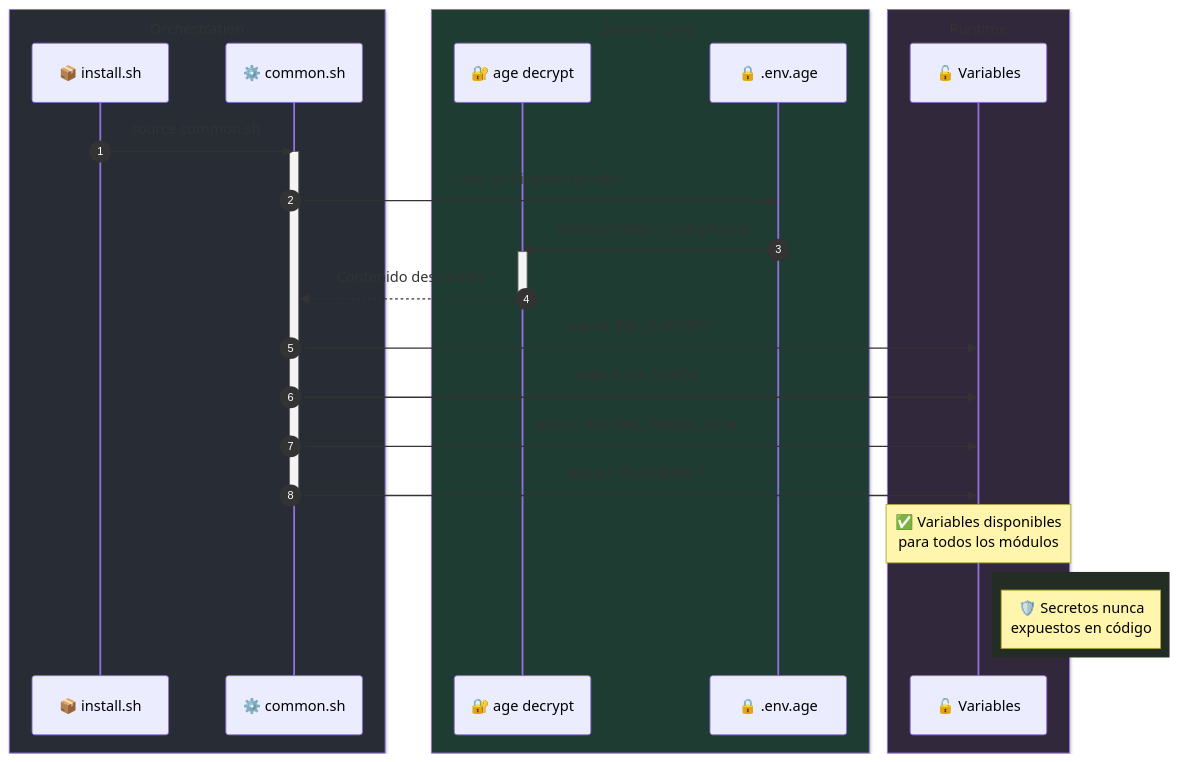
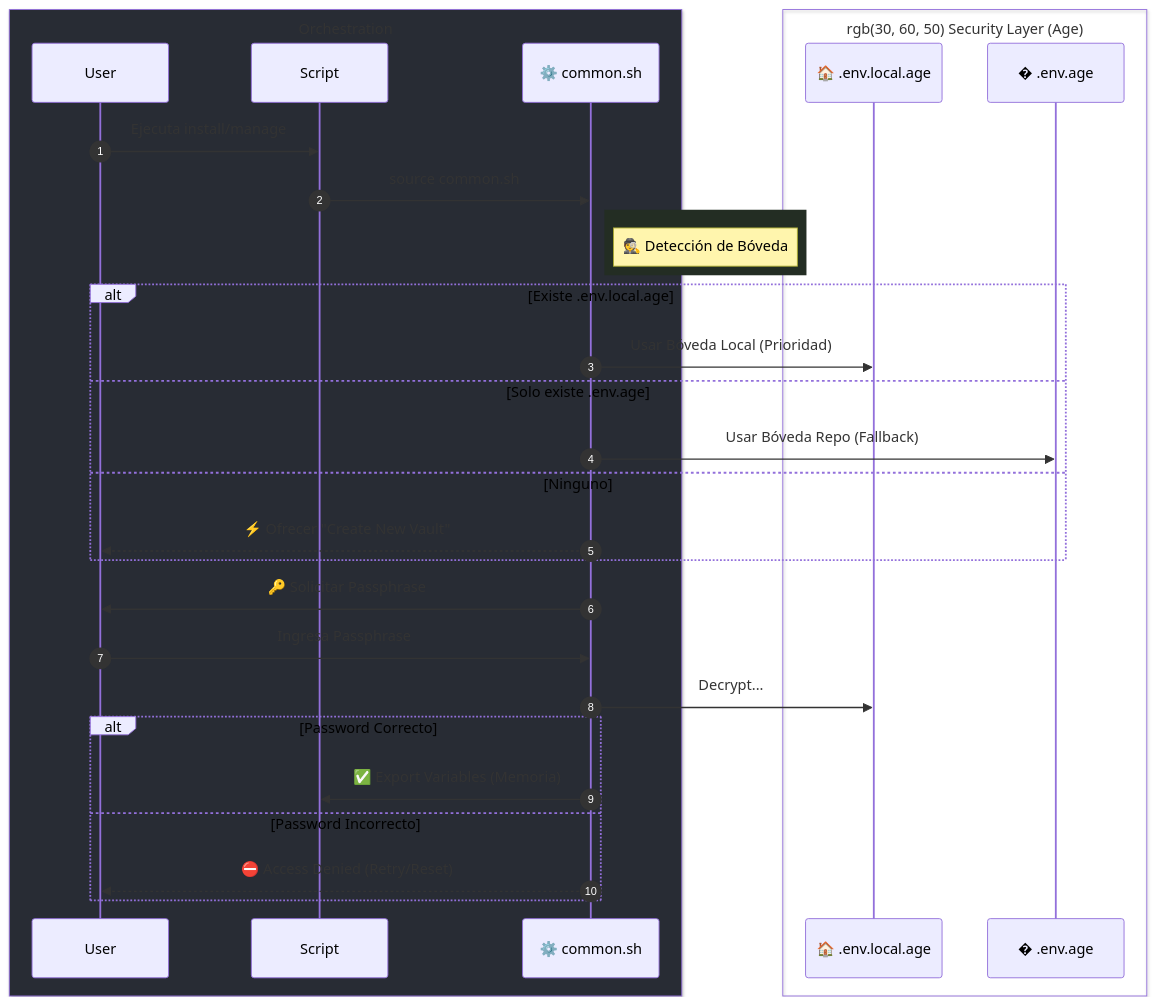
The second of 2 diagrams in README.md (herwingx/dotfiles), drawn with Mermaid before and after one commit. The commit also changed other lines of this file, not shown here.

Commit message:
docs(diagrams): actualizar diagramas mermaid de arquitectura y secuencia

````diff
--- a/README.md
+++ b/README.md
@@ -354,40 +362,41 @@
 ```mermaid
 sequenceDiagram
     autonumber
     
     box rgb(40, 44, 52) Orchestration
-        participant Install as 📦 install.sh
+        participant User
+        participant Script
         participant Common as ⚙️ common.sh
     end
     
-    box rgb(30, 60, 50) Security Layer
-        participant Age as 🔐 age decrypt
-        participant Secrets as 🔒 .env.age
+    box rgb(30, 60, 50) Security Layer (Age)
+        participant Local as 🏠 .env.local.age
+        participant Repo as � .env.age
     end
     
-    box rgb(50, 40, 60) Runtime
-        participant Env as 🔓 Variables
-    end
-
-    Install->>Common: source common.sh
-    activate Common
-    
-    Common->>Secrets: Leer archivo encriptado
-    Secrets->>Age: Datos cifrados + passphrase
-    activate Age
-    
-    Age-->>Common: Contenido descifrado
-    deactivate Age
-    
-    Common->>Env: export BW_CLIENTID
-    Common->>Env: export GH_TOKEN
-    Common->>Env: export RCLONE_TOKEN_JSON
-    Common->>Env: export TELEGRAM_*
-    deactivate Common
-    
-    Note over Env: ✅ Variables disponibles<br/>para todos los módulos
+    User->>Script: Ejecuta install/manage
+    Script->>Common: source common.sh
     
     rect rgb(35, 45, 35)
-        Note right of Env: 🛡️ Secretos nunca<br/>expuestos en código
+        Note right of Common: 🕵️ Detección de Bóveda
+    end
+    
+    alt Existe .env.local.age
+        Common->>Local: Usar Bóveda Local (Prioridad)
+    else Solo existe .env.age
+        Common->>Repo: Usar Bóveda Repo (Fallback)
+    else Ninguno
+        Common-->>User: ⚡ Ofrecer "Create New Vault"
+    end
+    
+    Common->>User: 🔑 Solicitar Passphrase
+    User->>Common: Ingresa Passphrase
+    
+    Common->>Local: Decrypt...
+    
+    alt Password Correcto
+        Common->>Script: ✅ Export Variables (Memoria)
+    else Password Incorrecto
+        Common-->>User: ⛔ Access Denied (Retry/Reset)
     end
 ```
````
